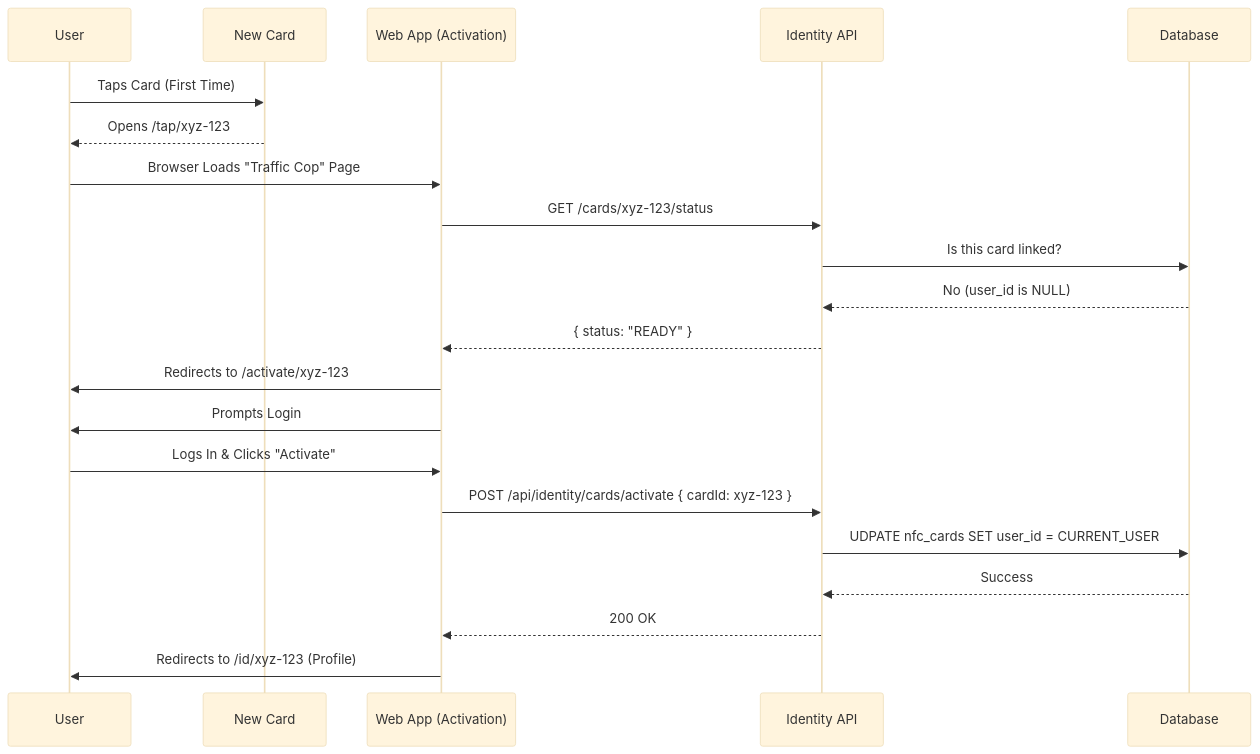
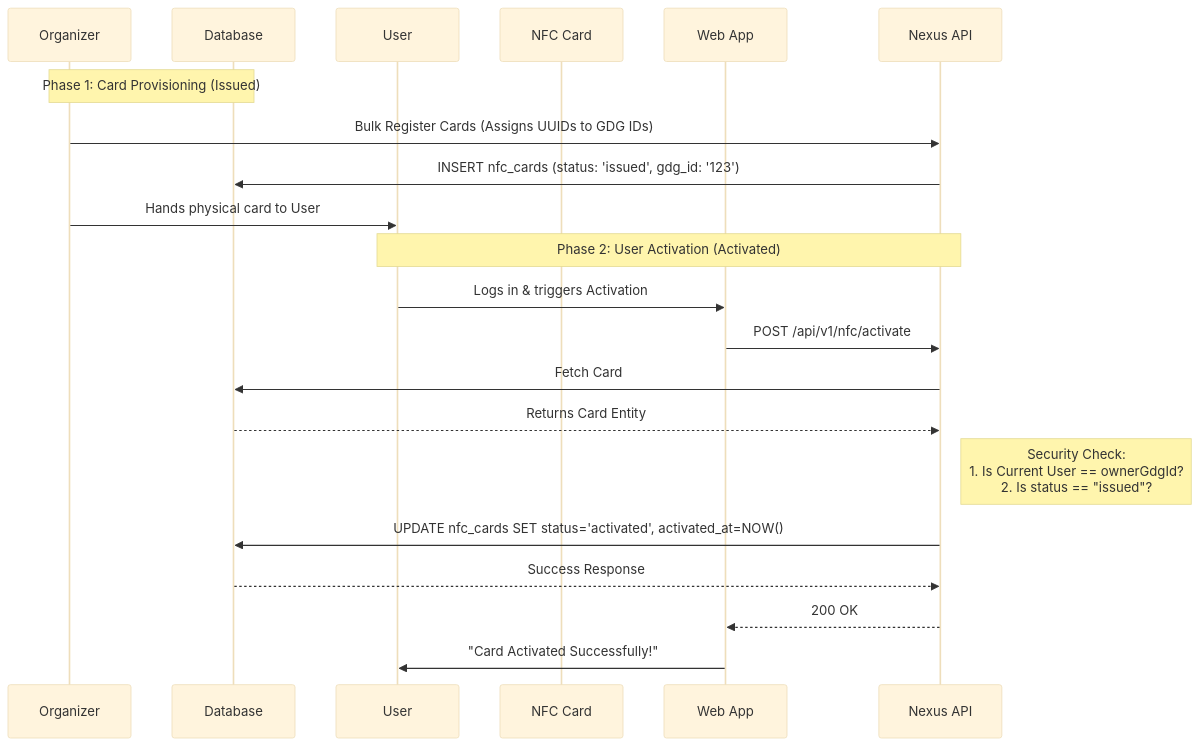
Before and after one commit to gdg-pup-webdev/gdg-pup-platform: the diagram in docs/NFC/03-PROVISIONING.md, drawn with Mermaid (base theme). The commit also changed other lines of this file and 10 other files, not shown here.

Commit message:
chore: enhance the activation and user experience for the nfc

````diff
--- a/docs/NFC/03-PROVISIONING.md
+++ b/docs/NFC/03-PROVISIONING.md
@@ -64,29 +53,27 @@
 ```mermaid
 sequenceDiagram
+    participant Admin as Organizer
+    participant DB as Database
     participant User as User
-    participant Card as New Card
-    participant App as Web App (Activation)
-    participant API as Identity API
-    participant DB as Database
+    participant Card as NFC Card
+    participant App as Web App
+    participant API as Nexus API
 
-    User->>Card: Taps Card (First Time)
-    Card-->>User: Opens /tap/xyz-123
-    User->>App: Browser Loads "Traffic Cop" Page
+    Note over Admin,DB: Phase 1: Card Provisioning (Issued)
+    Admin->>API: Bulk Register Cards (Assigns UUIDs to GDG IDs)
+    API->>DB: INSERT nfc_cards (status: 'issued', gdg_id: '123')
+    Admin->>User: Hands physical card to User
 
-    App->>API: GET /cards/xyz-123/status
-    API->>DB: Is this card linked?
-    DB-->>API: No (user_id is NULL)
-    API-->>App: { status: "READY" }
-    App->>User: Redirects to /activate/xyz-123
-
-    App->>User: Prompts Login
-    User->>App: Logs In & Clicks "Activate"
-
-    App->>API: POST /api/identity/cards/activate { cardId: xyz-123 }
-
-    API->>DB: UDPATE nfc_cards SET user_id = CURRENT_USER
-    DB-->>API: Success
-
+    Note over User,API: Phase 2: User Activation (Activated)
+    User->>App: Logs in & triggers Activation
+    App->>API: POST /api/v1/nfc/activate
+    API->>DB: Fetch Card
+    DB-->>API: Returns Card Entity
+    
+    Note right of API: Security Check:<br/>1. Is Current User == ownerGdgId?<br/>2. Is status == "issued"?
+    
+    API->>DB: UPDATE nfc_cards SET status='activated', activated_at=NOW()
+    DB-->>API: Success Response
     API-->>App: 200 OK
-    App->>User: Redirects to /id/xyz-123 (Profile)
+    App->>User: "Card Activated Successfully!"
 ```
````
